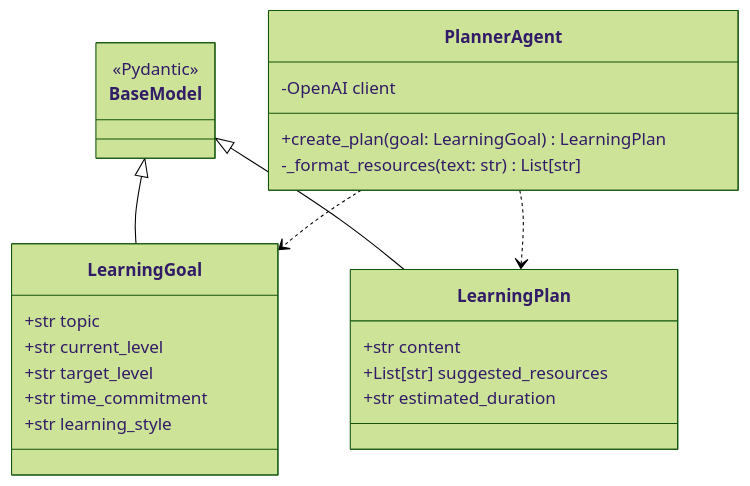
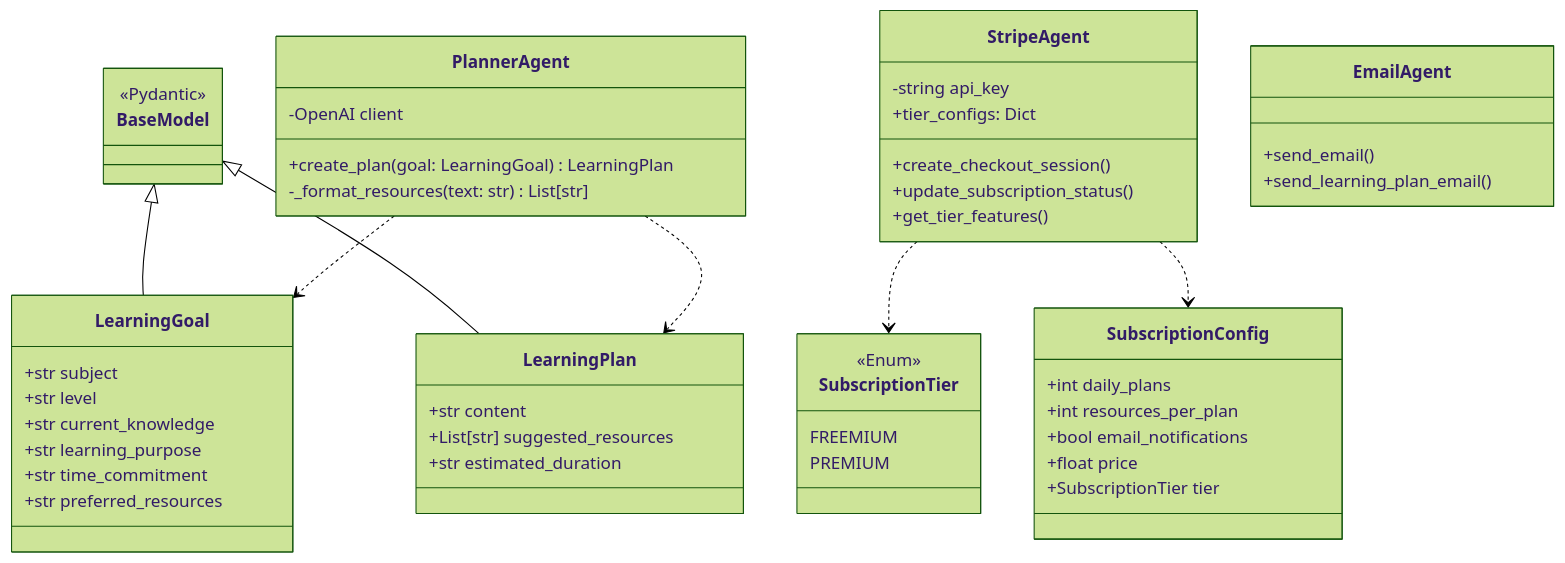
The fifth of 5 diagrams in CoachAI/docs/README.md (hansraj316/Projects), drawn with Mermaid (forest theme) before and after one commit. The commit also changed other lines of this file and 27 other files, not shown here.

Commit message:
Enhance CoachAI with Stripe integration for subscription management, including new payment handling in StripeAgent, updated LearningGoal model, and improved UI for API key configuration and subscription options. Update documentation to reflect new features and user flow.

````diff
--- a/CoachAI/docs/README.md
+++ b/CoachAI/docs/README.md
@@ -177,28 +248,54 @@
 ```mermaid
 classDiagram
     class BaseModel {
         <<Pydantic>>
     }
     class LearningGoal {
-        +str topic
-        +str current_level
-        +str target_level
+        +str subject
+        +str level
+        +str current_knowledge
+        +str learning_purpose
         +str time_commitment
-        +str learning_style
+        +str preferred_resources
     }
     class LearningPlan {
         +str content
         +List[str] suggested_resources
         +str estimated_duration
     }
     class PlannerAgent {
         -OpenAI client
         +create_plan(goal: LearningGoal) LearningPlan
         -_format_resources(text: str) List[str]
     }
+    class SubscriptionTier {
+        <<Enum>>
+        FREEMIUM
+        PREMIUM
+    }
+    class SubscriptionConfig {
+        +int daily_plans
+        +int resources_per_plan
+        +bool email_notifications
+        +float price
+        +SubscriptionTier tier
+    }
+    class StripeAgent {
+        -string api_key
+        +tier_configs: Dict
+        +create_checkout_session()
+        +update_subscription_status()
+        +get_tier_features()
+    }
+    class EmailAgent {
+        +send_email()
+        +send_learning_plan_email()
+    }
 
     BaseModel <|-- LearningGoal
     BaseModel <|-- LearningPlan
     PlannerAgent ..> LearningGoal
     PlannerAgent ..> LearningPlan
+    StripeAgent ..> SubscriptionTier
+    StripeAgent ..> SubscriptionConfig
 ```
````
